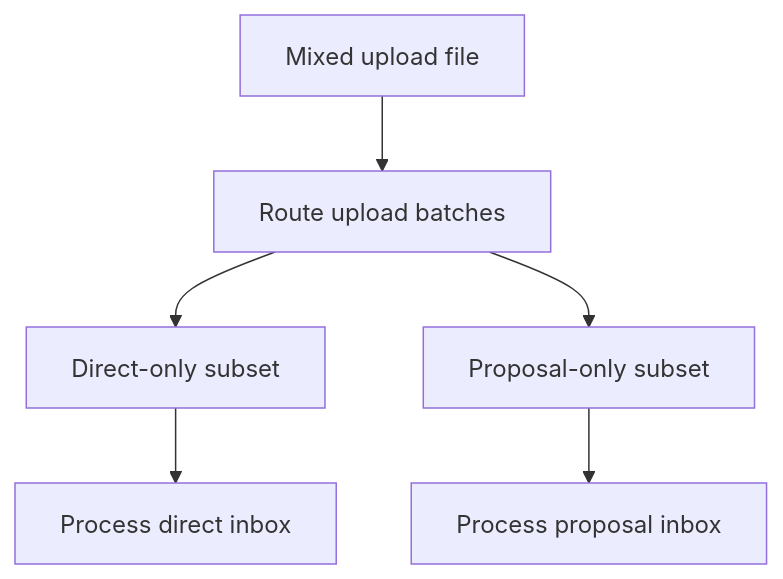
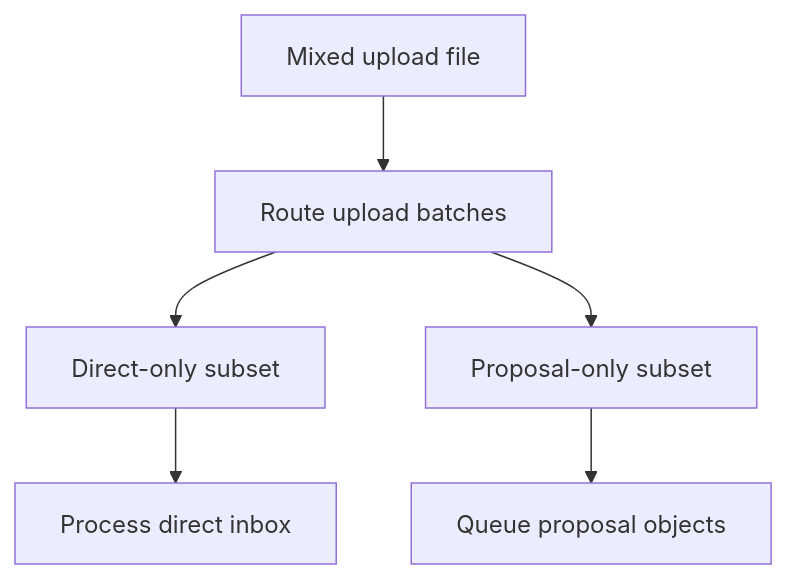
Before and after one commit to PRAxISDEVELOPMENT/mypraxis_translation_keys: the third of 3 diagrams in README.md, drawn with Mermaid. The commit also changed other lines of this file and 9 other files, not shown here.

````diff
--- a/README.md
+++ b/README.md
@@ -114,8 +316,8 @@
 ```mermaid
 flowchart TD
     A[Mixed upload file] --> B[Route upload batches]
     B --> C[Direct-only subset]
     B --> D[Proposal-only subset]
     C --> E[Process direct inbox]
-    D --> F[Process proposal inbox]
+    D --> F[Queue proposal objects]
 ```
````
